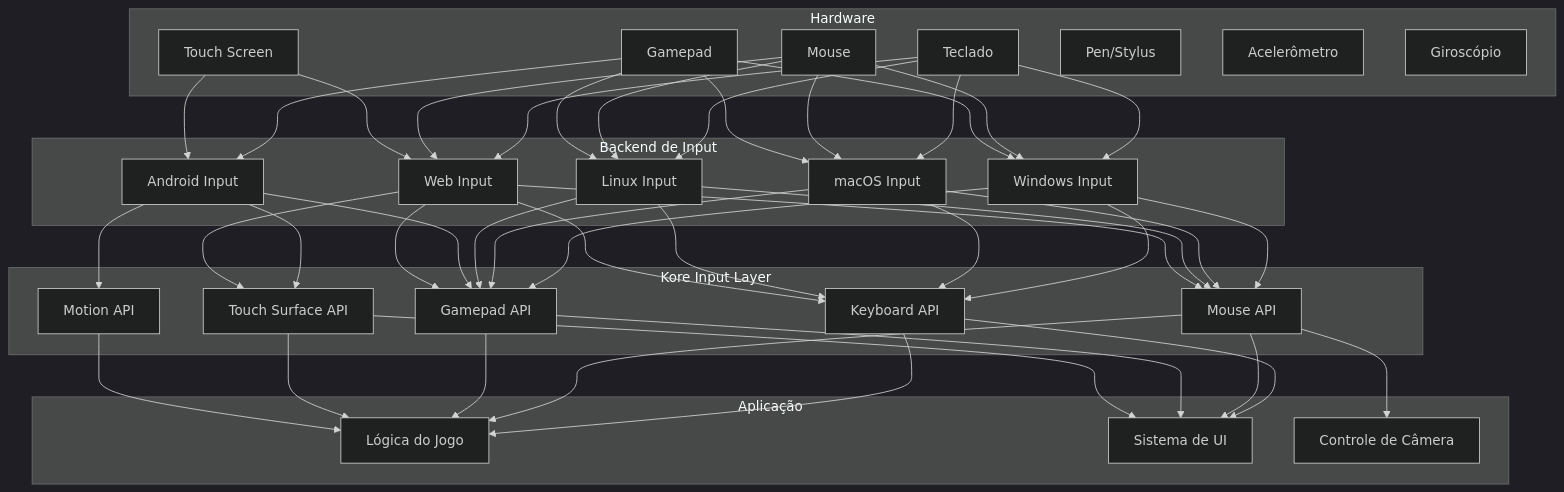
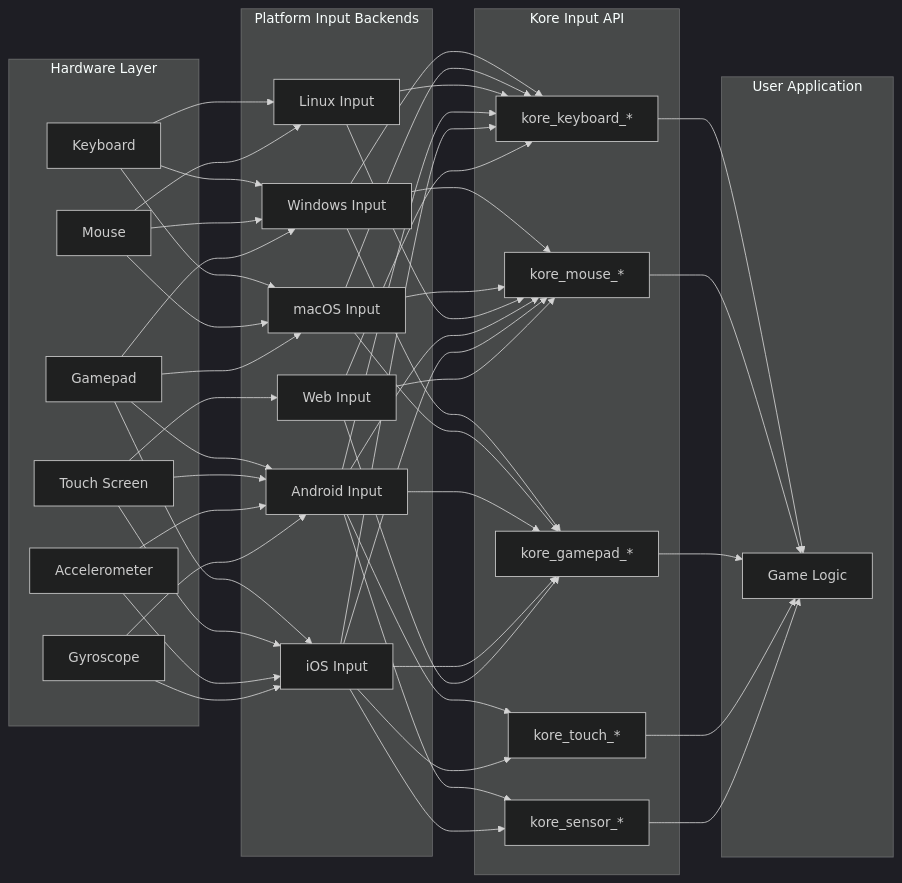
Before and after one commit to PHandradee/Kore: the sixth of 12 diagrams in DIAGRAMS.md, drawn with Mermaid (dark theme). The commit also changed other lines of this file and 4 other files, not shown here.

````diff
--- a/DIAGRAMS.md
+++ b/DIAGRAMS.md
@@ -307,88 +380,88 @@
 ```mermaid
-graph TB
-    subgraph "Hardware"
-        KB[Teclado]
+graph LR
+    subgraph "Hardware Layer"
+        KB[Keyboard]
         MS[Mouse]
         GP[Gamepad]
         TS[Touch Screen]
-        PEN[Pen/Stylus]
-        ACC[Acelerômetro]
-        GYR[Giroscópio]
+        AC[Accelerometer]
+        GY[Gyroscope]
     end
     
-    subgraph "Backend de Input"
-        WinInput[Windows Input]
-        MacInput[macOS Input]
-        LinuxInput[Linux Input]
-        AndroidInput[Android Input]
-        WebInput[Web Input]
+    subgraph "Platform Input Backends"
+        WIN[Windows Input]
+        MAC[macOS Input]
+        LIN[Linux Input]
+        AND[Android Input]
+        IOS[iOS Input]
+        WEB[Web Input]
     end
     
-    subgraph "Kore Input Layer"
-        Keyboard[Keyboard API]
-        Mouse[Mouse API]
-        Gamepad[Gamepad API]
-        Surface[Touch Surface API]
-        Motion[Motion API]
+    subgraph "Kore Input API"
+        KEY[kore_keyboard_*]
+        MOU[kore_mouse_*]
+        PAD[kore_gamepad_*]
+        TOU[kore_touch_*]
+        SEN[kore_sensor_*]
     end
     
-    subgraph "Aplicação"
-        GameLogic[Lógica do Jogo]
-        UI[Sistema de UI]
-        Camera[Controle de Câmera]
+    subgraph "User Application"
+        GAME[Game Logic]
     end
     
-    KB --> WinInput
-    KB --> MacInput
-    KB --> LinuxInput
-    KB --> WebInput
+    KB --> WIN
+    KB --> MAC
+    KB --> LIN
     
-    MS --> WinInput
-    MS --> MacInput
-    MS --> LinuxInput
-    MS --> WebInput
+    MS --> WIN
+    MS --> MAC
+    MS --> LIN
     
-    GP --> WinInput
-    GP --> MacInput
-    GP --> LinuxInput
-    GP --> AndroidInput
+    GP --> WIN
+    GP --> MAC
+    GP --> AND
+    GP --> IOS
     
-    TS --> AndroidInput
-    TS --> WebInput
+    TS --> AND
+    TS --> IOS
+    TS --> WEB
     
-    WinInput --> Keyboard
-    WinInput --> Mouse
-    WinInput --> Gamepad
+    AC --> AND
+    AC --> IOS
     
-    MacInput --> Keyboard
-    MacInput --> Mouse
-    MacInput --> Gamepad
+    GY --> AND
+    GY --> IOS
     
-    LinuxInput --> Keyboard
-    LinuxInput --> Mouse
-    LinuxInput --> Gamepad
+    WIN --> KEY
+    WIN --> MOU
+    WIN --> PAD
     
-    AndroidInput --> Gamepad
-    AndroidInput --> Surface
-    AndroidInput --> Motion
+    MAC --> KEY
+    MAC --> MOU
+    MAC --> PAD
     
-    WebInput --> Keyboard
-    WebInput --> Mouse
-    WebInput --> Gamepad
-    WebInput --> Surface
+    LIN --> KEY
+    LIN --> MOU
     
-    Keyboard --> GameLogic
-    Keyboard --> UI
+    AND --> KEY
+    AND --> MOU
+    AND --> PAD
+    AND --> TOU
+    AND --> SEN
     
-    Mouse --> GameLogic
-    Mouse --> UI
-    Mouse --> Camera
+    IOS --> KEY
+    IOS --> MOU
+    IOS --> PAD
+    IOS --> TOU
+    IOS --> SEN
     
-    Gamepad --> GameLogic
-    Gamepad --> UI
+    WEB --> KEY
+    WEB --> MOU
+    WEB --> PAD
     
-    Surface --> GameLogic
-    Surface --> UI
-    
-    Motion --> GameLogic
+    KEY --> GAME
+    MOU --> GAME
+    PAD --> GAME
+    TOU --> GAME
+    SEN --> GAME
 ```
````
